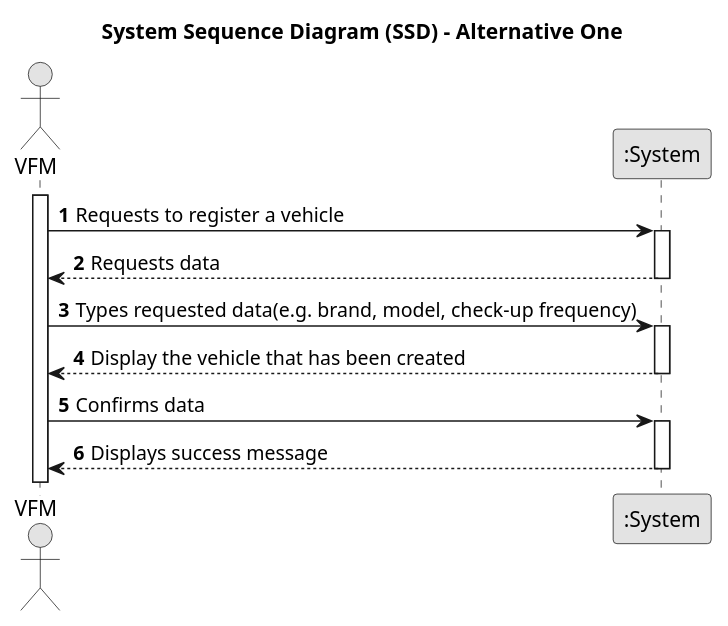
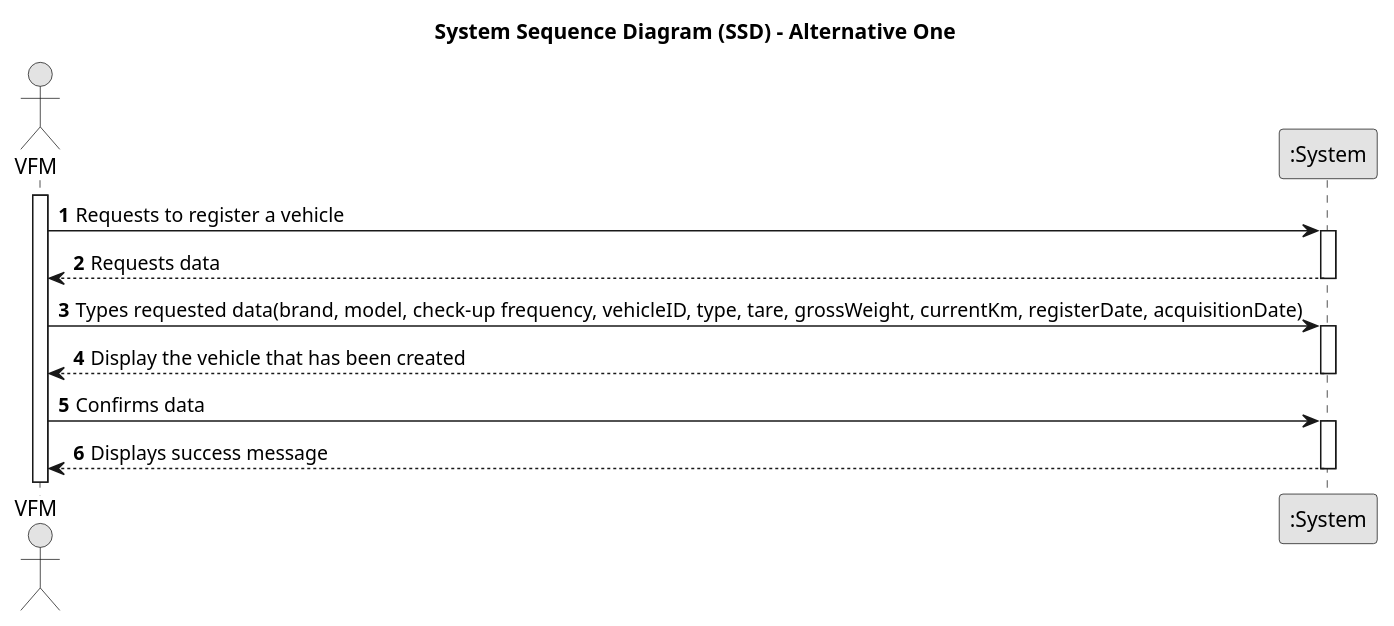
One commit to Departamento-de-Engenharia-Informatica/lei-24-s2-1df-1de-g063 changed the diagram in docs/sprint B/us006/01.requirements-engineering/puml/us006-system-sequence-diagram-alternative-one.puml. Above: the diagram before and after it, drawn with PlantUML. The commit also changed 2 other files, not shown here.

```diff
--- a/docs/sprint B/us006/01.requirements-engineering/puml/us006-system-sequence-diagram-alternative-one.puml
+++ b/docs/sprint B/us006/01.requirements-engineering/puml/us006-system-sequence-diagram-alternative-one.puml
@@ -1,35 +1,35 @@
 @startuml
 skinparam monochrome true
 skinparam packageStyle rectangle
 skinparam shadowing false
 
 title System Sequence Diagram (SSD) - Alternative One
 
 autonumber
 
 actor "VFM" as Employee
 participant ":System" as System
 
 activate Employee
 
     Employee -> System : Requests to register a vehicle
     activate System
 
         System --> Employee : Requests data
     deactivate System
 
-    Employee -> System : Types requested data(e.g. brand, model, check-up frequency)
+    Employee -> System : Types requested data(brand, model, check-up frequency, vehicleID, type, tare, grossWeight, currentKm, registerDate, acquisitionDate)
     activate System
 
         System --> Employee : Display the vehicle that has been created
     deactivate System
 
     Employee -> System : Confirms data
     activate System
 
         System --> Employee : Displays success message
     deactivate System
 
 
 
 @enduml
```
